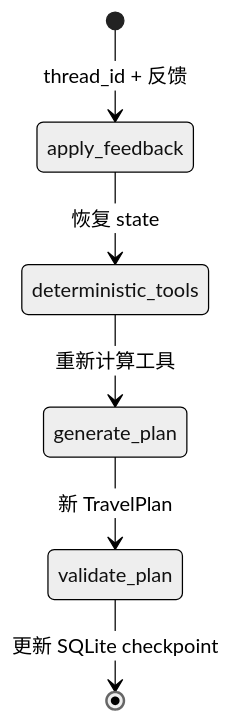
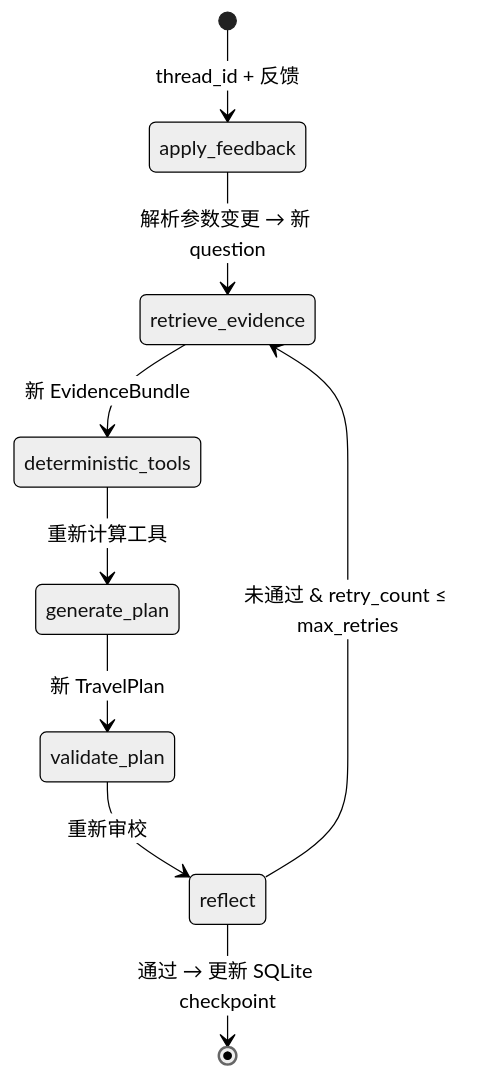
The third of 3 diagrams in README.md (camellia-ssj/travel-planner-agent), drawn with Mermaid (neutral theme) before and after one commit. The commit also changed other lines of this file and 33 other files, not shown here.

````diff
--- a/README.md
+++ b/README.md
@@ -82,8 +133,11 @@
 ```mermaid
 stateDiagram-v2
     [*] --> apply_feedback: thread_id + 反馈
-    apply_feedback --> deterministic_tools: 恢复 state
+    apply_feedback --> retrieve_evidence: 解析参数变更 → 新 question
+    retrieve_evidence --> deterministic_tools: 新 EvidenceBundle
     deterministic_tools --> generate_plan: 重新计算工具
     generate_plan --> validate_plan: 新 TravelPlan
-    validate_plan --> [*]: 更新 SQLite checkpoint
+    validate_plan --> reflect: 重新审校
+    reflect --> [*]: 通过 → 更新 SQLite checkpoint
+    reflect --> retrieve_evidence: 未通过 & retry_count ≤ max_retries
 ```
````
